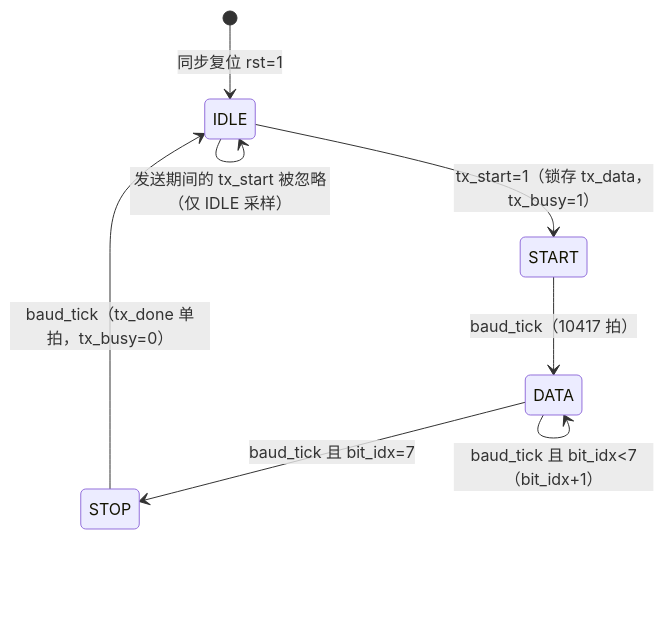
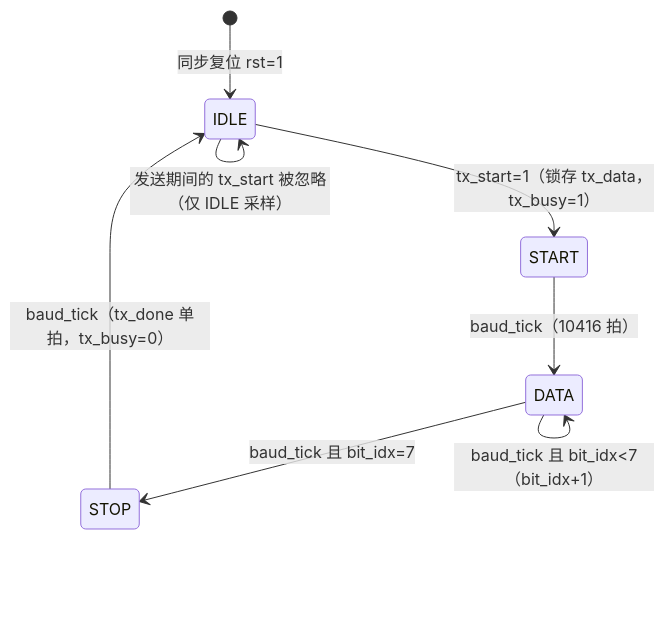
The first of 2 diagrams in golden/uart/docs/04-详细设计说明.md (whosl/Synthia), drawn with Mermaid before and after one commit. The commit also changed other lines of this file and 16 other files, not shown here.

````diff
--- a/golden/uart/docs/04-详细设计说明.md
+++ b/golden/uart/docs/04-详细设计说明.md
@@ -66,10 +67,10 @@
 ```mermaid
 stateDiagram-v2
     [*] --> IDLE : 同步复位 rst=1
     IDLE --> START : tx_start=1（锁存 tx_data，tx_busy=1）
-    START --> DATA : baud_tick（10417 拍）
+    START --> DATA : baud_tick（10416 拍）
     DATA --> DATA : baud_tick 且 bit_idx<7（bit_idx+1）
     DATA --> STOP : baud_tick 且 bit_idx=7
     STOP --> IDLE : baud_tick（tx_done 单拍，tx_busy=0）
     IDLE --> IDLE : 发送期间的 tx_start 被忽略（仅 IDLE 采样）
 ```
````
